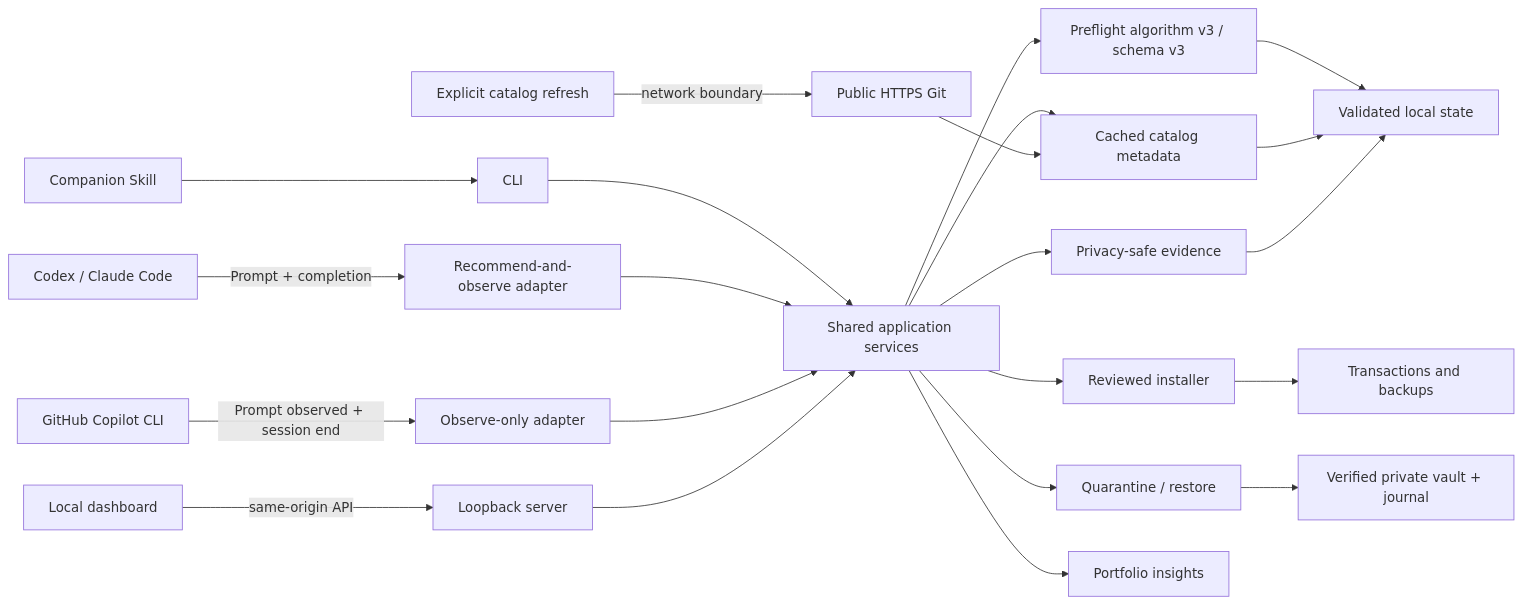
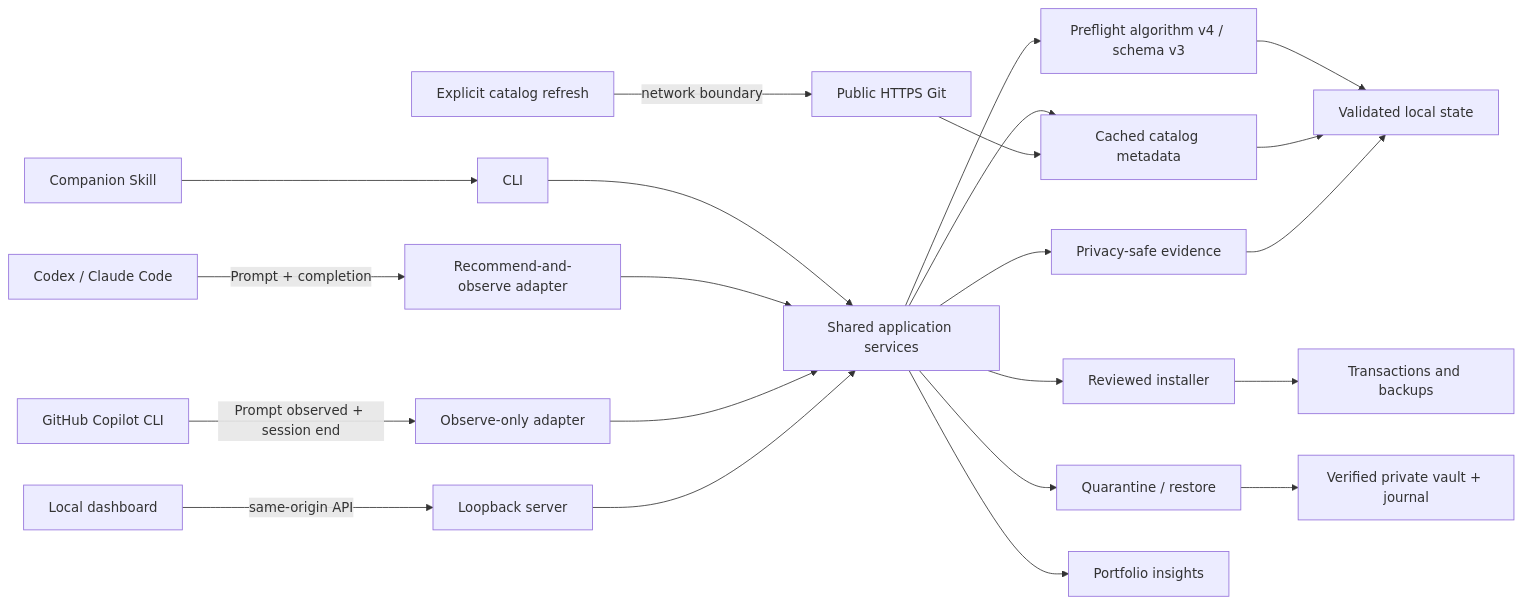
Before and after one commit to CongBao/skill-steward: the diagram in docs/architecture.md, drawn with Mermaid. The commit also changed other lines of this file and 16 other files, not shown here.

````diff
--- a/docs/architecture.md
+++ b/docs/architecture.md
@@ -5,24 +5,24 @@
 ```mermaid
 flowchart LR
   Harness[Codex / Claude Code] -->|Prompt + completion| Hook[Recommend-and-observe adapter]
   Copilot[GitHub Copilot CLI] -->|Prompt observed + session end| Observe[Observe-only adapter]
   Companion[Companion Skill] --> CLI[CLI]
   Browser[Local dashboard] -->|same-origin API| Server[Loopback server]
   CLI --> Services[Shared application services]
   Hook --> Services
   Observe --> Services
   Server --> Services
-  Services --> Preflight[Preflight algorithm v3 / schema v3]
+  Services --> Preflight[Preflight algorithm v4 / schema v3]
   Services --> Catalog[Cached catalog metadata]
   Services --> Installer[Reviewed installer]
   Services --> Evidence[Privacy-safe evidence]
   Services --> Governance[Quarantine / restore]
   Services --> Insights[Portfolio insights]
   Preflight --> Store[Validated local state]
   Catalog --> Store
   Installer --> Journal[Transactions and backups]
   Evidence --> Store
   Governance --> Vault[Verified private vault + journal]
   Refresh[Explicit catalog refresh] -->|network boundary| PublicGit[Public HTTPS Git]
   PublicGit --> Catalog
 ```
````
